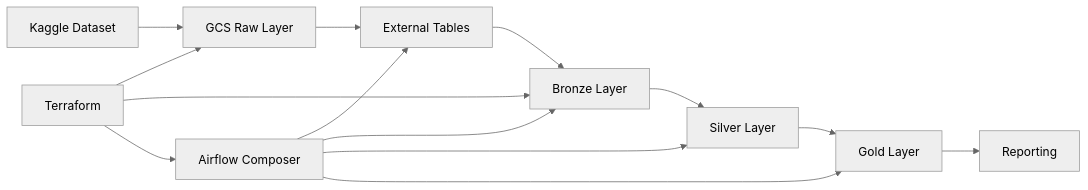
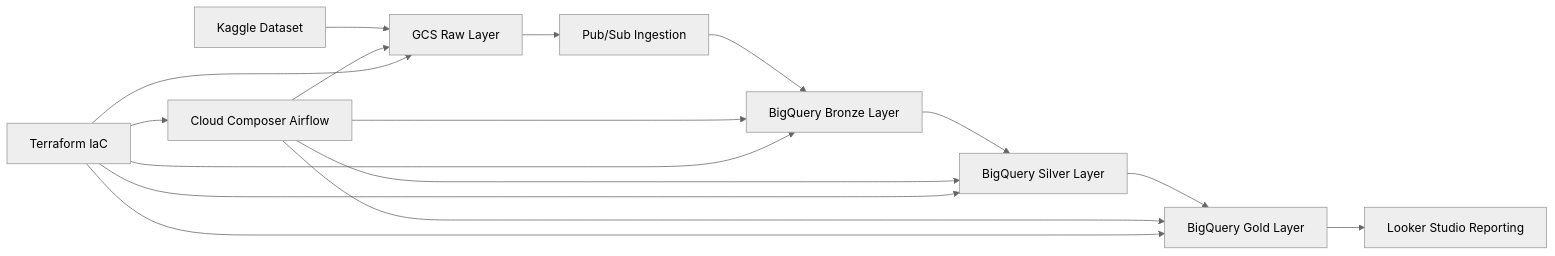
Before and after one commit to gaurabdawn/regulatory_reporting_on_gcp: the diagram in readme.md, drawn with Mermaid (neutral theme).

````diff
--- a/readme.md
+++ b/readme.md
@@ -4,18 +4,22 @@
 ```mermaid
 flowchart LR
-A[Kaggle Dataset] --> B[GCS Raw Layer]
-B --> C[External Tables]
-C --> D[Bronze Layer]
-D --> E[Silver Layer]
-E --> F[Gold Layer]
-F --> G[Reporting]
+    A[Kaggle Dataset] --> B[GCS Raw Layer]
 
-H[Airflow Composer] --> C
-H --> D
-H --> E
-H --> F
+    B --> C[Pub/Sub Ingestion]
+    C --> D[BigQuery Bronze Layer]
+    D --> E[BigQuery Silver Layer]
+    E --> F[BigQuery Gold Layer]
 
-I[Terraform] --> B
-I --> D
-I --> H
+    F --> G[Looker Studio Reporting]
+
+    H[Cloud Composer Airflow] --> B
+    H --> D
+    H --> E
+    H --> F
+
+    I[Terraform IaC] --> B
+    I --> D
+    I --> E
+    I --> F
+    I --> H
 ```
````
